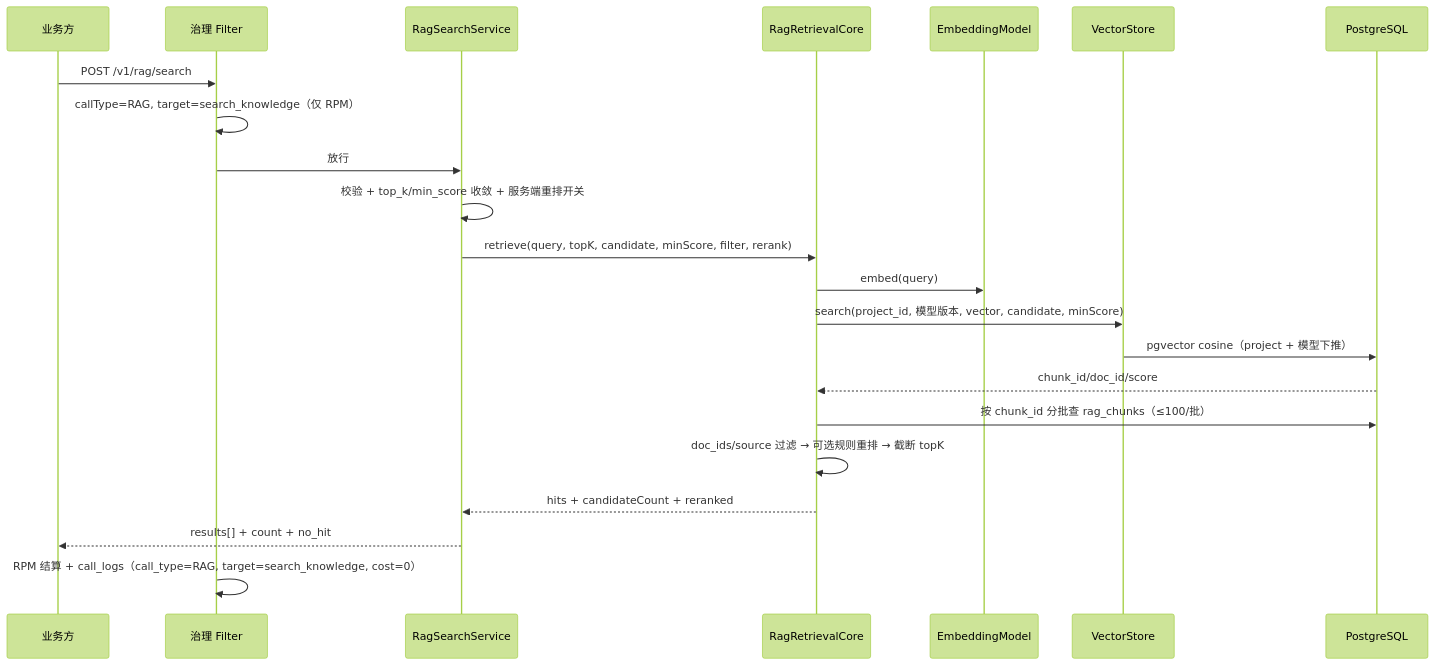
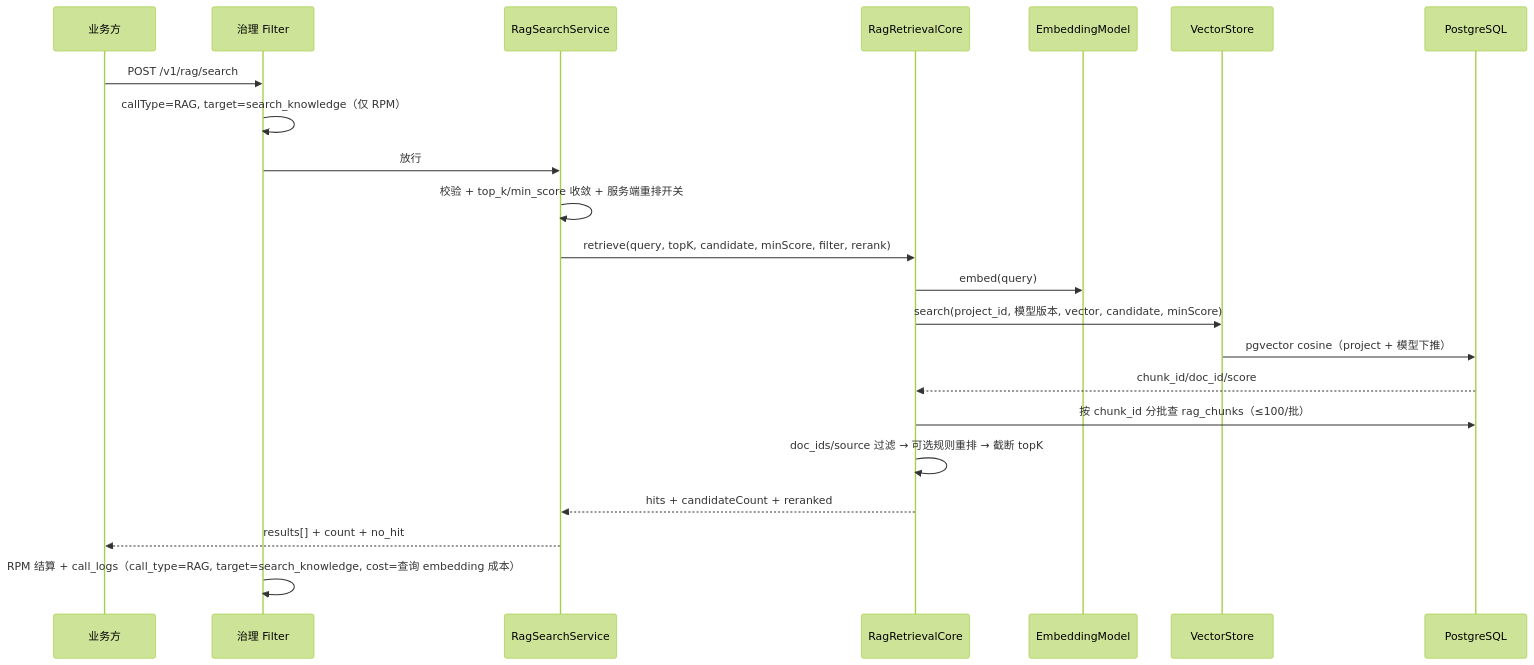
One commit to learnerQ0751/ai-hub changed the ninth of 12 diagrams in ai-workflow/DESIGN.md. Above: the diagram before and after it, drawn with Mermaid (forest theme). The commit also changed other lines of this file and 63 other files, not shown here.

````diff
--- a/ai-workflow/DESIGN.md
+++ b/ai-workflow/DESIGN.md
@@ -328,24 +331,24 @@
 ```mermaid
 sequenceDiagram
     participant C as 业务方
     participant F as 治理 Filter
     participant S as RagSearchService
     participant R as RagRetrievalCore
     participant E as EmbeddingModel
     participant V as VectorStore
     participant DB as PostgreSQL
     C->>F: POST /v1/rag/search
     F->>F: callType=RAG, target=search_knowledge（仅 RPM）
     F->>S: 放行
     S->>S: 校验 + top_k/min_score 收敛 + 服务端重排开关
     S->>R: retrieve(query, topK, candidate, minScore, filter, rerank)
     R->>E: embed(query)
     R->>V: search(project_id, 模型版本, vector, candidate, minScore)
     V->>DB: pgvector cosine（project + 模型下推）
     DB-->>R: chunk_id/doc_id/score
     R->>DB: 按 chunk_id 分批查 rag_chunks（≤100/批）
     R->>R: doc_ids/source 过滤 → 可选规则重排 → 截断 topK
     R-->>S: hits + candidateCount + reranked
     S-->>C: results[] + count + no_hit
-    F->>F: RPM 结算 + call_logs（call_type=RAG, target=search_knowledge, cost=0）
+    F->>F: RPM 结算 + call_logs（call_type=RAG, target=search_knowledge, cost=查询 embedding 成本）
 ```
````
